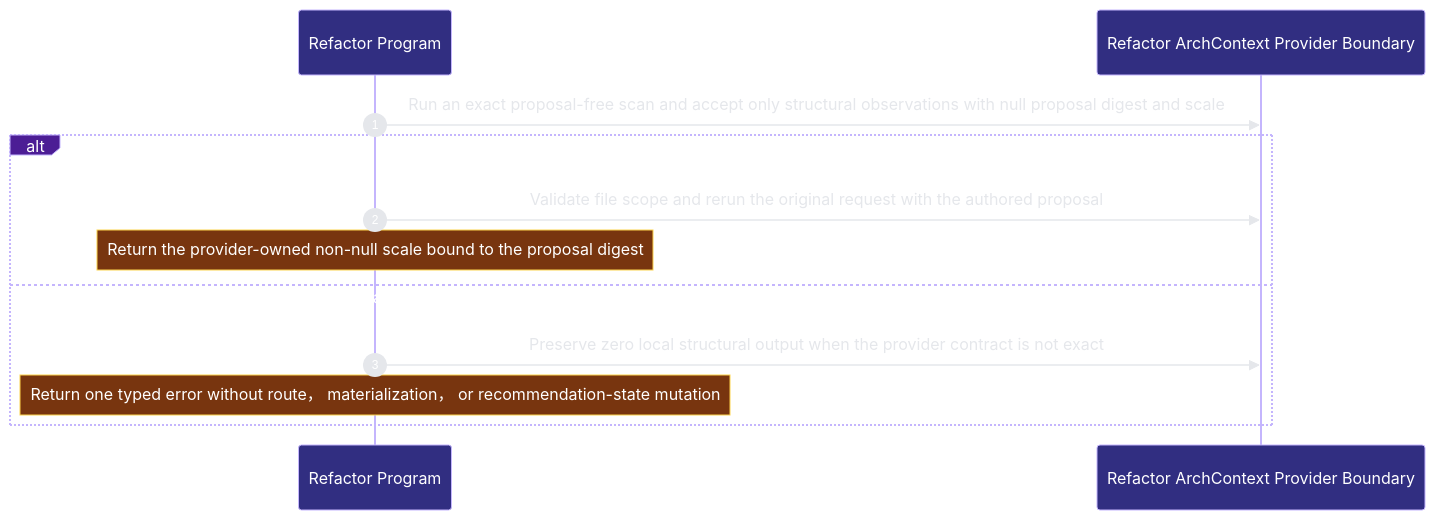
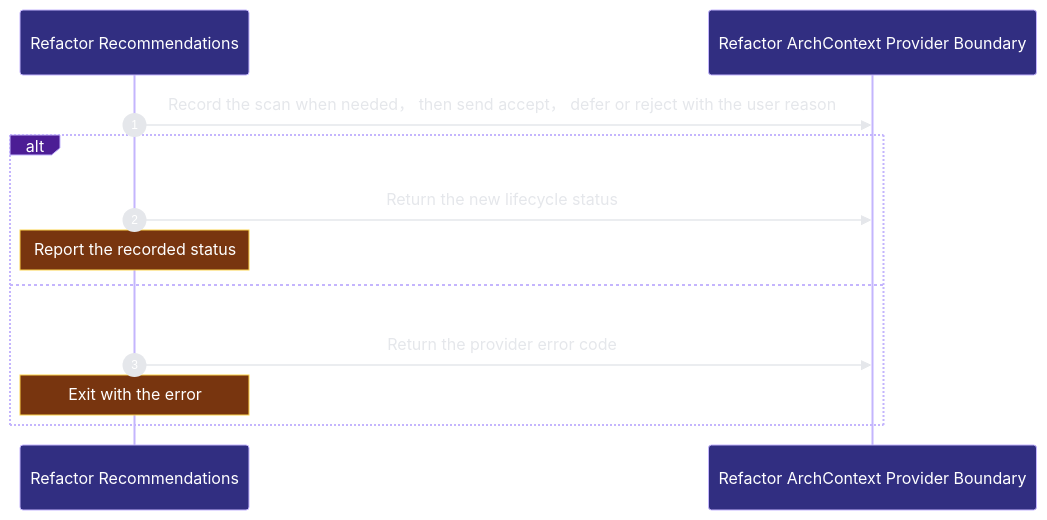
The second of 3 diagrams in docs/architecture/modules/runtime-harness/refactor-program.md (Ancienttwo/repo-harness), drawn with Mermaid before and after one commit. The commit also changed other lines of this file and 75 other files, not shown here.

````diff
--- a/docs/architecture/modules/runtime-harness/refactor-program.md
+++ b/docs/architecture/modules/runtime-harness/refactor-program.md
@@ -69,15 +56,15 @@
 ```mermaid
 %%{init: {"theme":"base","themeVariables":{"background":"#0d1117","actorBkg":"#312e81","actorBorder":"#c4b5fd","actorTextColor":"#ffffff","signalColor":"#e5e7eb","signalTextColor":"#e5e7eb","labelBoxBkgColor":"#4c1d95","labelBoxBorderColor":"#c4b5fd","labelTextColor":"#ffffff","noteBkgColor":"#78350f","noteBorderColor":"#fcd34d","noteTextColor":"#ffffff","sequenceNumberColor":"#ffffff"}}}%%
 sequenceDiagram
   autonumber
-  participant p2_refactor_program_a8b792d5 as Refactor Program
+  participant p2_refactor_program_a8b792d5 as Refactor Recommendations
   participant p2_archctx_provider_3b536550 as Refactor ArchContext Provider Boundary
-  p2_refactor_program_a8b792d5->>p2_archctx_provider_3b536550: Run an exact proposal-free scan and accept only structural observations with null proposal digest and scale
-  alt An accountable proposal is assessed by the same provider boundary
-  p2_refactor_program_a8b792d5->>p2_archctx_provider_3b536550: Validate file scope and rerun the original request with the authored proposal
-    Note over p2_refactor_program_a8b792d5: Return the provider-owned non-null scale bound to the proposal digest
-  else Invalid author， scope， provider handshake， or scan transition fails closed
-  p2_refactor_program_a8b792d5->>p2_archctx_provider_3b536550: Preserve zero local structural output when the provider contract is not exact
-    Note over p2_refactor_program_a8b792d5: Return one typed error without route， materialization， or recommendation-state mutation
+  p2_refactor_program_a8b792d5->>p2_archctx_provider_3b536550: Record the scan when needed， then send accept， defer or reject with the user reason
+  alt ArchContext stores the decision and later scans hide the suggestion
+  p2_refactor_program_a8b792d5->>p2_archctx_provider_3b536550: Return the new lifecycle status
+    Note over p2_refactor_program_a8b792d5: Report the recorded status
+  else An unknown suggestion or a provider error records nothing
+  p2_refactor_program_a8b792d5->>p2_archctx_provider_3b536550: Return the provider error code
+    Note over p2_refactor_program_a8b792d5: Exit with the error
   end
 ```
````
